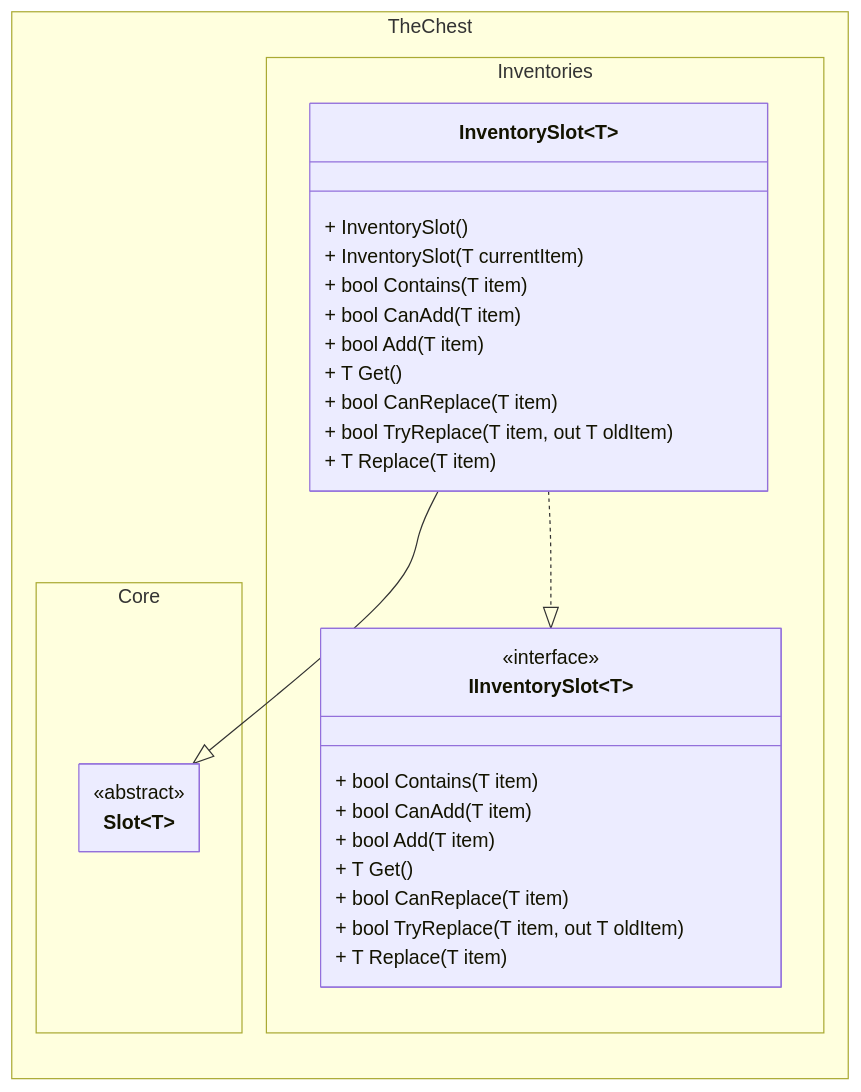
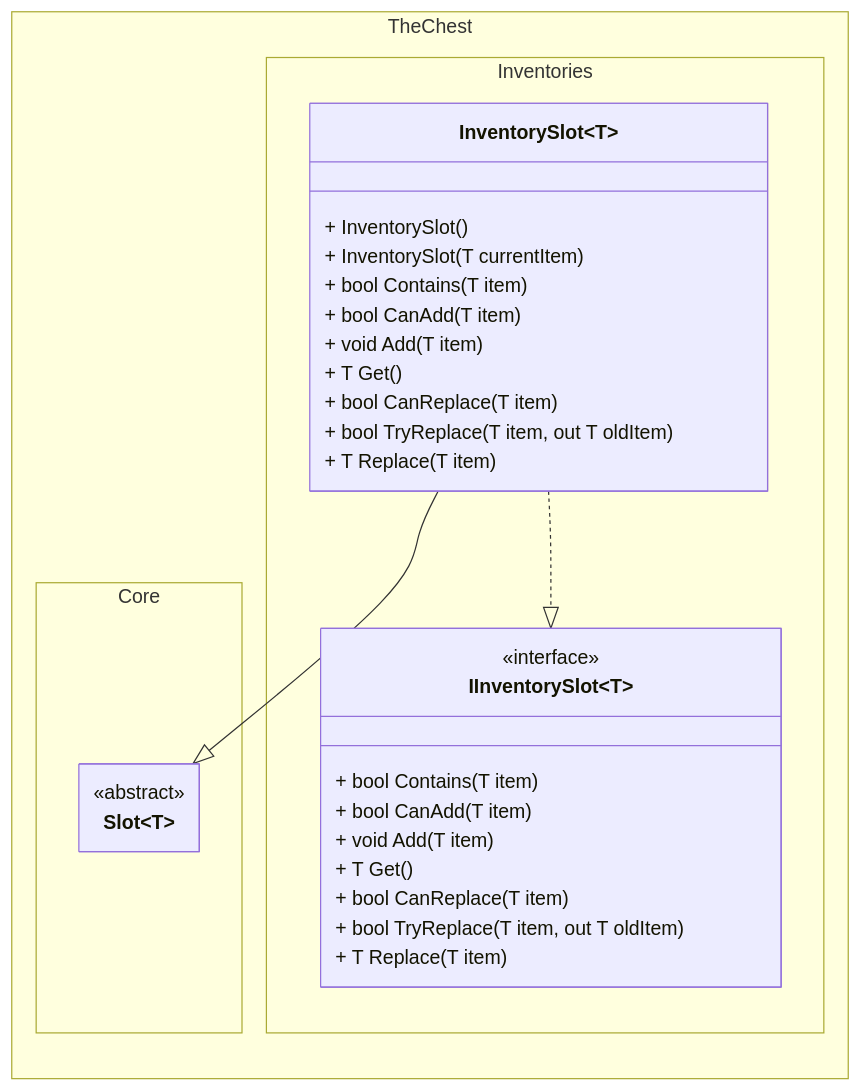
One commit to The-Chest/TheChest.Inventories changed the second of 2 diagrams in docs/inventory/class_diagram.md. Above: the diagram before and after it, drawn with Mermaid. The commit also changed other lines of this file and 12 other files, not shown here.

````diff
--- a/docs/inventory/class_diagram.md
+++ b/docs/inventory/class_diagram.md
@@ -124,52 +124,52 @@
 ```mermaid
 ---
 config:
   theme: mc
   look: classic
   class:
     hideEmptyMembersBox: true
 ---
 classDiagram
 direction BT
 
 namespace TheChest.Core {
     class Slot~T~ {
     }
 }
 <<abstract>> Slot
 
 namespace TheChest.Inventories {
     class IInventorySlot~T~ {
         + bool Contains(T item)
 
         + bool CanAdd(T item)
-        + bool Add(T item)
+        + void Add(T item)
 
         + T Get()
 
         + bool CanReplace(T item)
 		+ bool TryReplace(T item, out T oldItem)
         + T Replace(T item)
     }
     class InventorySlot~T~ {
         + InventorySlot()
         + InventorySlot(T currentItem)
 
         + bool Contains(T item)
 
         + bool CanAdd(T item)
-        + bool Add(T item)
+        + void Add(T item)
 
         + T Get()
 
         + bool CanReplace(T item)
 		+ bool TryReplace(T item, out T oldItem)
         + T Replace(T item)
     }
 }
 
 <<interface>> IInventorySlot
 
 InventorySlot~T~ --|> Slot~T~ 
 InventorySlot~T~ ..|> IInventorySlot~T~
 ```
````
